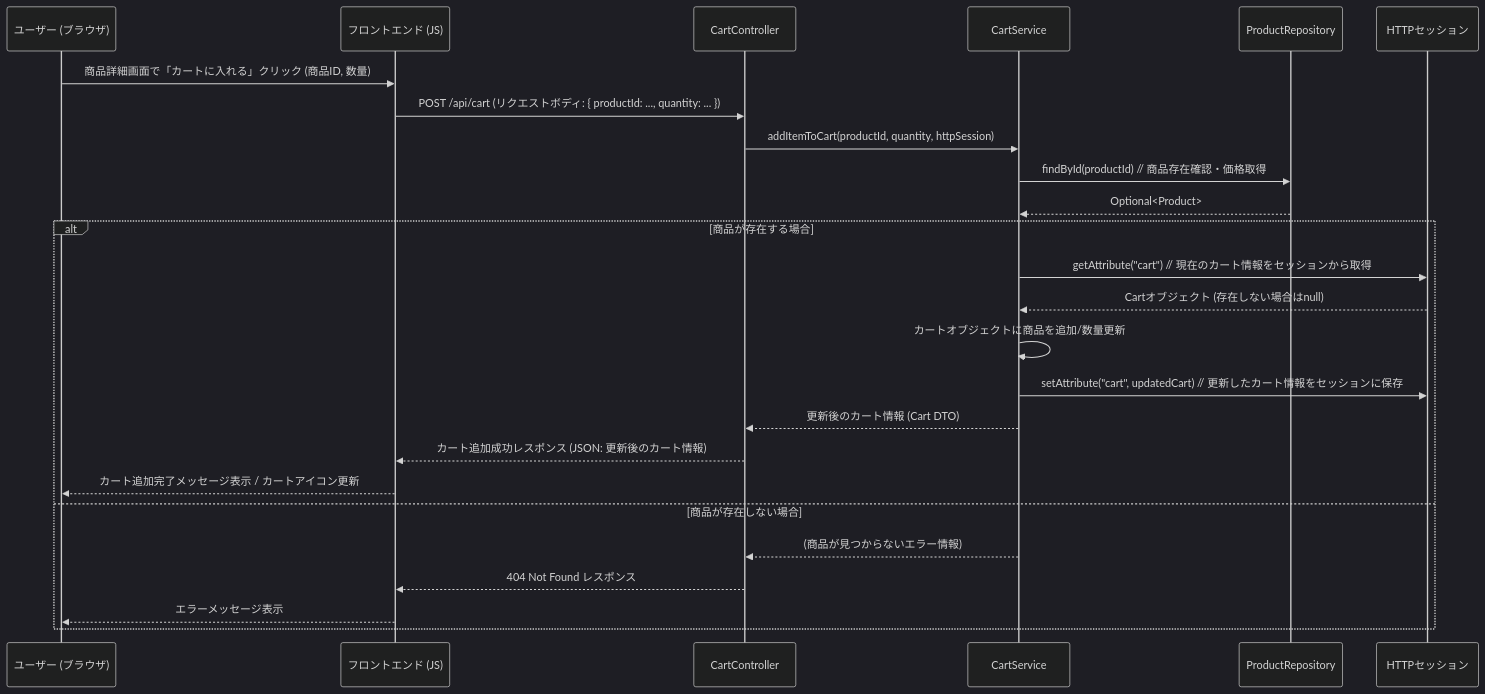
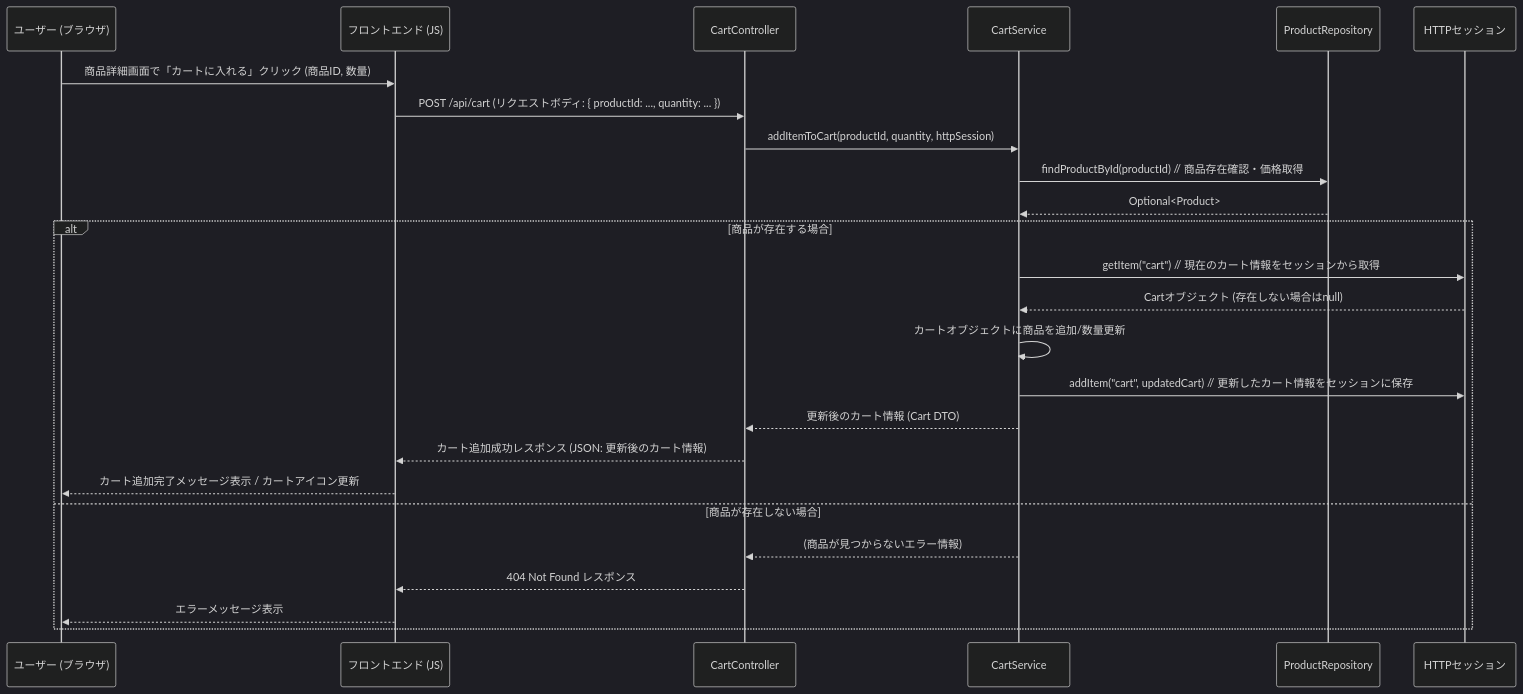
Before and after one commit to Hinako-Kimura127/neko: the third of 12 diagrams in 詳細設計/詳細設計.md, drawn with Mermaid (dark theme). The commit also changed other lines of this file, not shown here.

```diff
--- a/詳細設計/詳細設計.md
+++ b/詳細設計/詳細設計.md
@@ -157,28 +157,28 @@
 <div class="mermaid">
 sequenceDiagram
     participant User as ユーザー (ブラウザ)
     participant FE as フロントエンド (JS)
     participant CartController
     participant CartService
     participant ProductRepository
     participant HttpSession as HTTPセッション
  
     User->>FE: 商品詳細画面で「カートに入れる」クリック (商品ID, 数量)
     FE->>CartController: POST /api/cart (リクエストボディ: { productId: ..., quantity: ... })
     CartController->>CartService: addItemToCart(productId, quantity, httpSession)
-    CartService->>ProductRepository: findById(productId)  // 商品存在確認・価格取得
+    CartService->>ProductRepository: findProductById(productId)  // 商品存在確認・価格取得
     ProductRepository-->>CartService: Optional<Product>
     alt 商品が存在する場合
-        CartService->>HttpSession: getAttribute("cart") // 現在のカート情報をセッションから取得
+        CartService->>HttpSession: getItem("cart") // 現在のカート情報をセッションから取得
         HttpSession-->>CartService: Cartオブジェクト (存在しない場合はnull)
         CartService->>CartService: カートオブジェクトに商品を追加/数量更新
-        CartService->>HttpSession: setAttribute("cart", updatedCart) // 更新したカート情報をセッションに保存
+        CartService->>HttpSession: addItem("cart", updatedCart) // 更新したカート情報をセッションに保存
         CartService-->>CartController: 更新後のカート情報 (Cart DTO)
         CartController-->>FE: カート追加成功レスポンス (JSON: 更新後のカート情報)
         FE-->>User: カート追加完了メッセージ表示 / カートアイコン更新
     else 商品が存在しない場合
         CartService-->>CartController: (商品が見つからないエラー情報)
         CartController-->>FE: 404 Not Found レスポンス
         FE-->>User: エラーメッセージ表示
     end
 </div>
```
